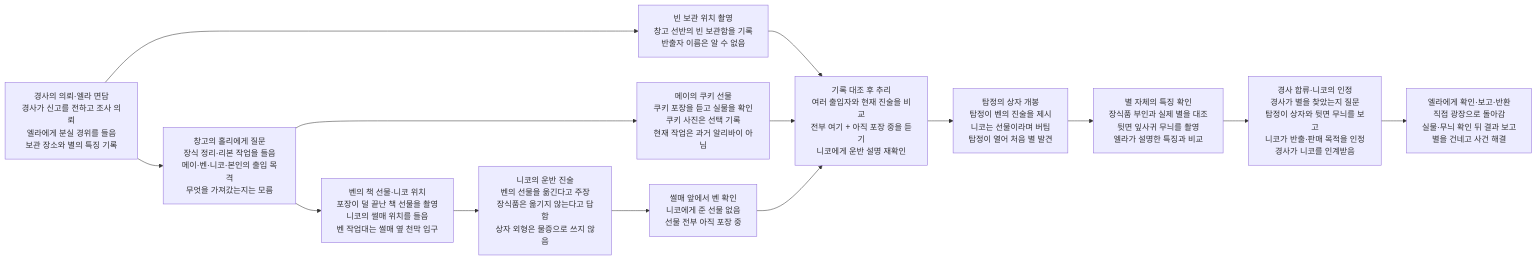
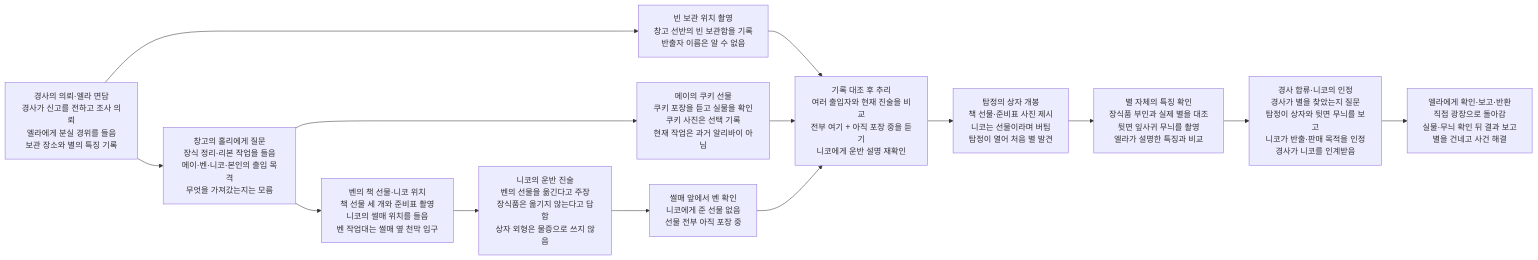
The second of 2 diagrams in design/case-10-christmas-star.md (wonny95/detective-v2), drawn with Mermaid before and after one commit. The commit also changed other lines of this file and 6 other files, not shown here.

````diff
--- a/design/case-10-christmas-star.md
+++ b/design/case-10-christmas-star.md
@@ -47,28 +47,28 @@
 ```mermaid
 flowchart LR
     s1["경사의 의뢰·엘라 면담<br/>경사가 신고를 전하고 조사 의뢰<br/>엘라에게 분실 경위를 들음<br/>보관 장소와 별의 특징 기록"]
     s2["창고의 홀리에게 질문<br/>장식 정리·리본 작업을 들음<br/>메이·벤·니코·본인의 출입 목격<br/>무엇을 가져갔는지는 모름"]
     s3["빈 보관 위치 촬영<br/>창고 선반의 빈 보관함을 기록<br/>반출자 이름은 알 수 없음"]
     s4["메이의 쿠키 선물<br/>쿠키 포장을 듣고 실물을 확인<br/>쿠키 사진은 선택 기록<br/>현재 작업은 과거 알리바이 아님"]
-    s5["벤의 책 선물·니코 위치<br/>포장이 덜 끝난 책 선물을 촬영<br/>니코의 썰매 위치를 들음<br/>벤 작업대는 썰매 옆 천막 입구"]
+    s5["벤의 책 선물·니코 위치<br/>책 선물 세 개와 준비표 촬영<br/>니코의 썰매 위치를 들음<br/>벤 작업대는 썰매 옆 천막 입구"]
     s6["니코의 운반 진술<br/>벤의 선물을 옮긴다고 주장<br/>장식품은 옮기지 않는다고 답함<br/>상자 외형은 물증으로 쓰지 않음"]
     s7["썰매 앞에서 벤 확인<br/>니코에게 준 선물 없음<br/>선물 전부 아직 포장 중"]
     s8["기록 대조 후 추리<br/>여러 출입자와 현재 진술을 비교<br/>전부 여기 + 아직 포장 중을 듣기<br/>니코에게 운반 설명 재확인"]
-    s9["탐정의 상자 개봉<br/>탐정이 벤의 진술을 제시<br/>니코는 선물이라며 버팀<br/>탐정이 열어 처음 별 발견"]
+    s9["탐정의 상자 개봉<br/>책 선물·준비표 사진 제시<br/>니코는 선물이라며 버팀<br/>탐정이 열어 처음 별 발견"]
     s10["별 자체의 특징 확인<br/>장식품 부인과 실제 별을 대조<br/>뒷면 잎사귀 무늬를 촬영<br/>엘라가 설명한 특징과 비교"]
     s11["경사 합류·니코의 인정<br/>경사가 별을 찾았는지 질문<br/>탐정이 상자와 뒷면 무늬를 보고<br/>니코가 반출·판매 목적을 인정<br/>경사가 니코를 인계받음"]
     s12["엘라에게 확인·보고·반환<br/>직접 광장으로 돌아감<br/>실물·무늬 확인 뒤 결과 보고<br/>별을 건네고 사건 해결"]
     s1 --> s2
     s1 --> s3
     s2 --> s4
     s2 --> s5
     s3 --> s8
     s4 --> s8
     s5 --> s6
     s6 --> s7
     s7 --> s8
     s8 --> s9
     s9 --> s10
     s10 --> s11
     s11 --> s12
 ```
````
